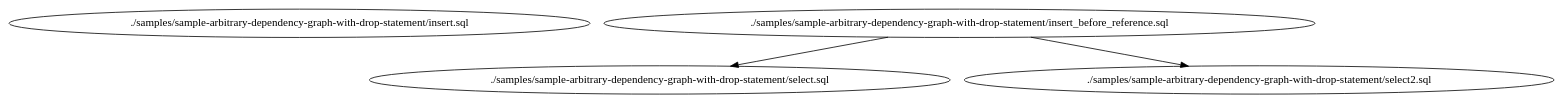
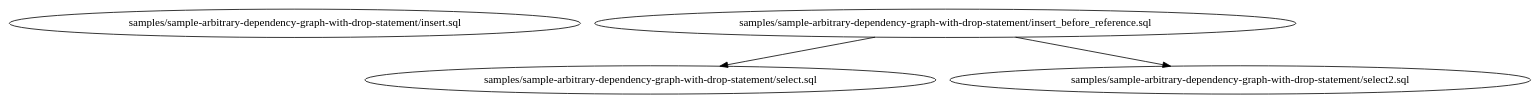
The diagram in samples/sample-arbitrary-dependency-graph-with-drop-statement/dag.dot (Matts966/alphasql), drawn with Graphviz before and after one commit. The commit also changed 18 other files, not shown here.

```diff
--- a/samples/sample-arbitrary-dependency-graph-with-drop-statement/dag.dot
+++ b/samples/sample-arbitrary-dependency-graph-with-drop-statement/dag.dot
@@ -1,8 +1,8 @@
 digraph G {
-0[label="./samples/sample-arbitrary-dependency-graph-with-drop-statement/insert.sql"];
-1[label="./samples/sample-arbitrary-dependency-graph-with-drop-statement/insert_before_reference.sql"];
-2[label="./samples/sample-arbitrary-dependency-graph-with-drop-statement/select.sql"];
-3[label="./samples/sample-arbitrary-dependency-graph-with-drop-statement/select2.sql"];
+0[label="samples/sample-arbitrary-dependency-graph-with-drop-statement/insert.sql"];
+1[label="samples/sample-arbitrary-dependency-graph-with-drop-statement/insert_before_reference.sql"];
+2[label="samples/sample-arbitrary-dependency-graph-with-drop-statement/select.sql"];
+3[label="samples/sample-arbitrary-dependency-graph-with-drop-statement/select2.sql"];
 1->2 ;
 1->3 ;
 }
```
